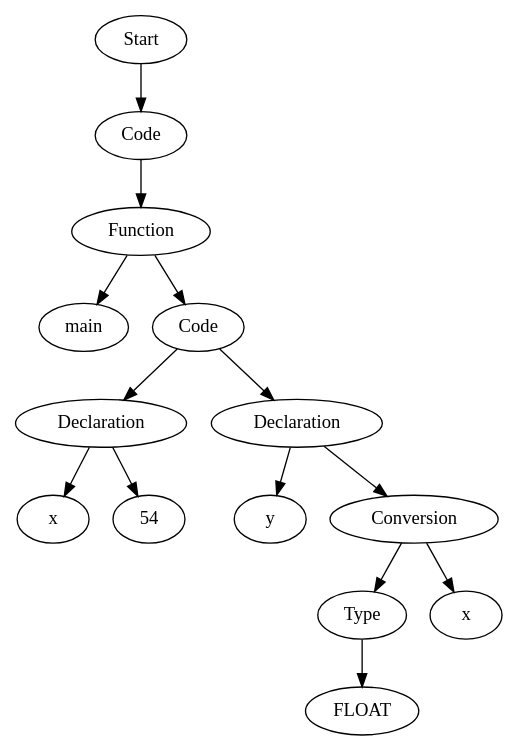
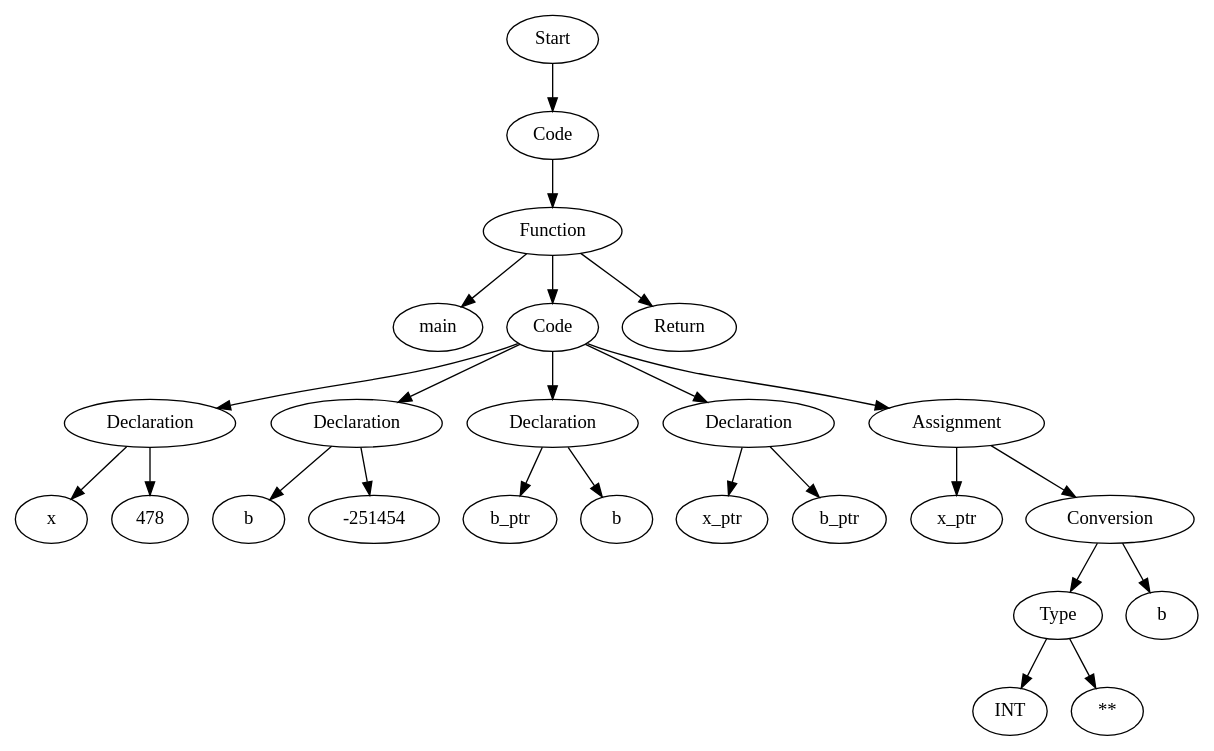
Before and after one commit to Are-you-listening/Compilers: the diagram in src/TestFiles/ASTTests/SemanticErrorsTests/CreateTests/read_file_after.dot, drawn with Graphviz. The commit also changed 15 other files, not shown here.

```diff
--- a/src/TestFiles/ASTTests/SemanticErrorsTests/CreateTests/read_file_after.dot
+++ b/src/TestFiles/ASTTests/SemanticErrorsTests/CreateTests/read_file_after.dot
@@ -1,29 +1,51 @@
 digraph AST {
-  "137478358755616" [label="Start"];
-  "137478358755616" -> "137478358757392";
-  "137478358757392" [label="Code"];
-  "137478358757392" -> "137478358757536";
-  "137478358757536" [label="Function"];
-  "137478358757536" -> "137478358757680";
-  "137478358757536" -> "137478358757728";
-  "137478358757680" [label="main"];
-  "137478358757728" [label="Code"];
-  "137478358757728" -> "137478358757872";
-  "137478358757728" -> "137478358757968";
-  "137478358757872" [label="Declaration"];
-  "137478358757872" -> "137478358758016";
-  "137478358757872" -> "137478358758064";
-  "137478358758016" [label="x"];
-  "137478358758064" [label="54"];
-  "137478358757968" [label="Declaration"];
-  "137478358757968" -> "137478358758208";
-  "137478358757968" -> "137478358758256";
-  "137478358758208" [label="y"];
-  "137478358758256" [label="Conversion"];
-  "137478358758256" -> "137478358758400";
-  "137478358758256" -> "137478358758496";
-  "137478358758400" [label="Type"];
-  "137478358758400" -> "137478358758544";
-  "137478358758544" [label="FLOAT"];
-  "137478358758496" [label="x"];
+  "125476824823360" [label="Start"];
+  "125476824823360" -> "125476824824800";
+  "125476824824800" [label="Code"];
+  "125476824824800" -> "125476824824944";
+  "125476824824944" [label="Function"];
+  "125476824824944" -> "125476824825088";
+  "125476824824944" -> "125476824825136";
+  "125476824824944" -> "125476824825232";
+  "125476824825088" [label="main"];
+  "125476824825136" [label="Code"];
+  "125476824825136" -> "125476824825280";
+  "125476824825136" -> "125476824825376";
+  "125476824825136" -> "125476824825568";
+  "125476824825136" -> "125476824825760";
+  "125476824825136" -> "125476825022624";
+  "125476824825280" [label="Declaration"];
+  "125476824825280" -> "125476824825424";
+  "125476824825280" -> "125476824825472";
+  "125476824825424" [label="x"];
+  "125476824825472" [label="478"];
+  "125476824825376" [label="Declaration"];
+  "125476824825376" -> "125476824825616";
+  "125476824825376" -> "125476824825664";
+  "125476824825616" [label="b"];
+  "125476824825664" [label="-251454"];
+  "125476824825568" [label="Declaration"];
+  "125476824825568" -> "125476824825808";
+  "125476824825568" -> "125476825022528";
+  "125476824825808" [label="b_ptr"];
+  "125476825022528" [label="b"];
+  "125476824825760" [label="Declaration"];
+  "125476824825760" -> "125476825022672";
+  "125476824825760" -> "125476825022720";
+  "125476825022672" [label="x_ptr"];
+  "125476825022720" [label="b_ptr"];
+  "125476825022624" [label="Assignment"];
+  "125476825022624" -> "125476825022864";
+  "125476825022624" -> "125476825022912";
+  "125476825022864" [label="x_ptr"];
+  "125476825022912" [label="Conversion"];
+  "125476825022912" -> "125476825023056";
+  "125476825022912" -> "125476825023152";
+  "125476825023056" [label="Type"];
+  "125476825023056" -> "125476825023200";
+  "125476825023056" -> "125476825023248";
+  "125476825023200" [label="INT"];
+  "125476825023248" [label="**"];
+  "125476825023152" [label="b"];
+  "125476824825232" [label="Return"];
 }
```
